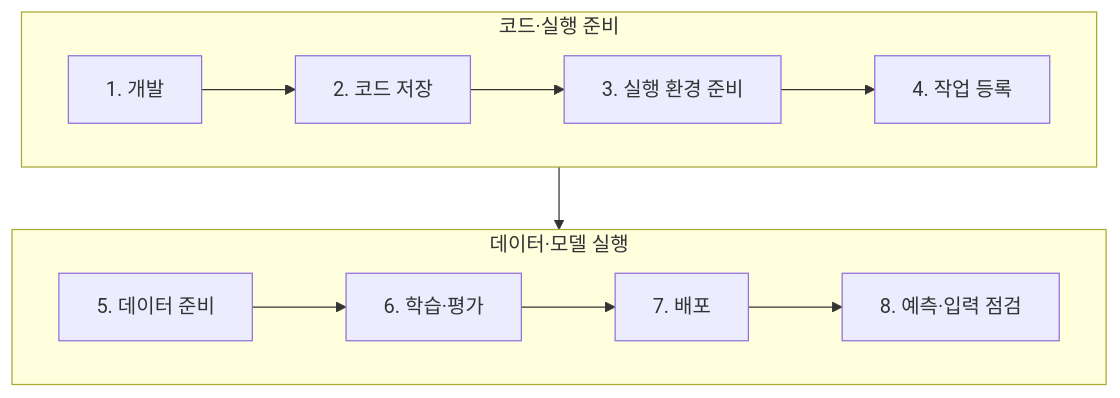
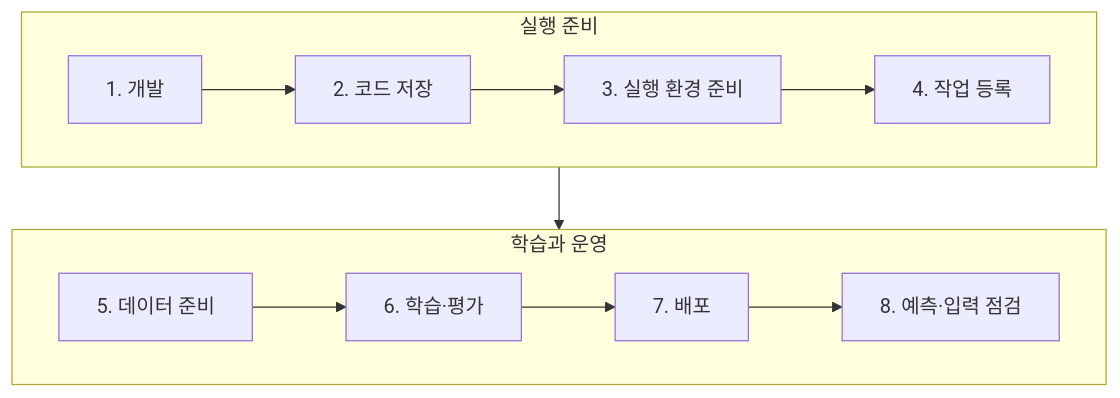
Before and after one commit to HeesangJin/tech-blog: the diagram in docs/mlops/model-serving-monitoring.md, drawn with Mermaid. The commit also changed other lines of this file and 3 other files, not shown here.

````diff
--- a/docs/mlops/model-serving-monitoring.md
+++ b/docs/mlops/model-serving-monitoring.md
@@ -28,12 +28,12 @@
 ```mermaid
 flowchart TB
-    subgraph PREP["코드·실행 준비"]
+    subgraph PREP["실행 준비"]
         direction LR
         A["1. 개발"] --> B["2. 코드 저장"] --> C["3. 실행 환경 준비"] --> D["4. 작업 등록"]
     end
-    subgraph RUN["데이터·모델 실행"]
+    subgraph RUN["학습과 운영"]
         direction LR
         E["5. 데이터 준비"] --> F["6. 학습·평가"] --> G["7. 배포"] --> H["8. 예측·입력 점검"]
     end
     PREP --> RUN
 ```
````
